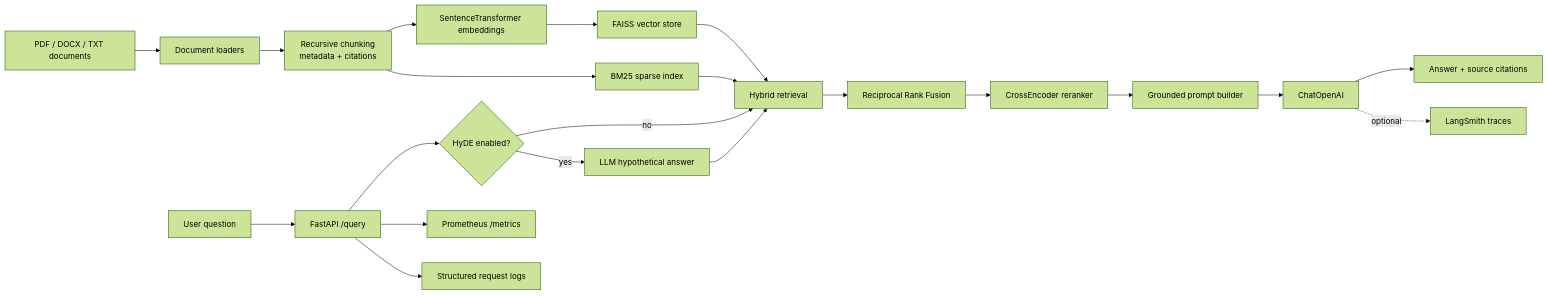
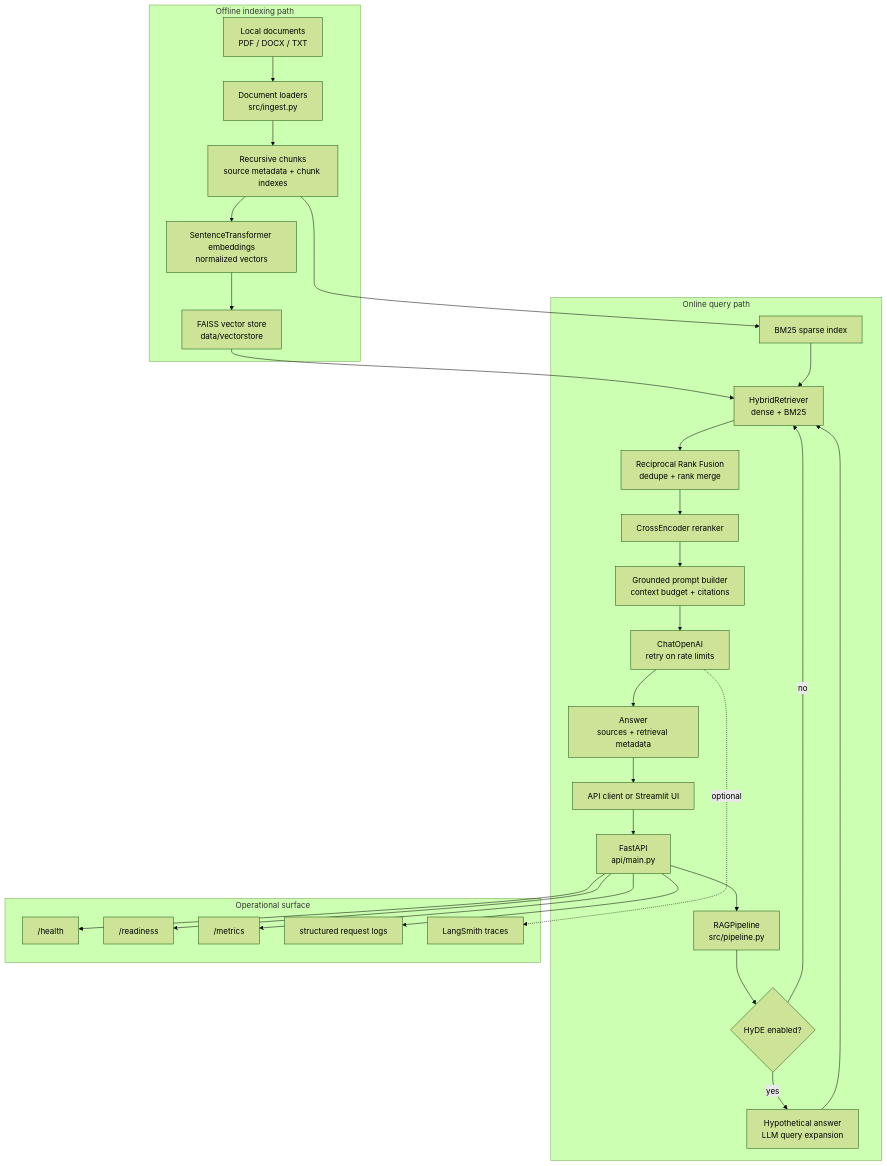
Before and after one commit to aiwithsiddhesh/project-1-rag-qa-plan: the diagram in README.md, drawn with Mermaid (forest theme). The commit also changed other lines of this file and 1 other file, not shown here.

First line of the commit message:
docs: improve README architecture overview (#19)

````diff
--- a/README.md
+++ b/README.md
@@ -13,25 +28,35 @@
 ```mermaid
-flowchart LR
-    docs[PDF / DOCX / TXT documents] --> ingest[Document loaders]
-    ingest --> chunk[Recursive chunking<br/>metadata + citations]
-    chunk --> embed[SentenceTransformer embeddings]
-    embed --> faiss[FAISS vector store]
-    chunk --> bm25[BM25 sparse index]
+flowchart TB
+    subgraph Offline["Offline indexing path"]
+        docs["Local documents<br/>PDF / DOCX / TXT"] --> loaders["Document loaders<br/>src/ingest.py"]
+        loaders --> chunks["Recursive chunks<br/>source metadata + chunk indexes"]
+        chunks --> embeddings["SentenceTransformer embeddings<br/>normalized vectors"]
+        embeddings --> faiss["FAISS vector store<br/>data/vectorstore"]
+    end
 
-    question[User question] --> api[FastAPI /query]
-    api --> hyde{HyDE enabled?}
-    hyde -- no --> retrieve[Hybrid retrieval]
-    hyde -- yes --> llm_hyde[LLM hypothetical answer]
-    llm_hyde --> retrieve
-    faiss --> retrieve
-    bm25 --> retrieve
-    retrieve --> rrf[Reciprocal Rank Fusion]
-    rrf --> rerank[CrossEncoder reranker]
-    rerank --> prompt[Grounded prompt builder]
-    prompt --> llm[ChatOpenAI]
-    llm --> answer[Answer + source citations]
+    subgraph Runtime["Online query path"]
+        client["API client or Streamlit UI"] --> api["FastAPI<br/>api/main.py"]
+        api --> pipeline["RAGPipeline<br/>src/pipeline.py"]
+        pipeline --> hyde{"HyDE enabled?"}
+        hyde -- "yes" --> query_expansion["Hypothetical answer<br/>LLM query expansion"]
+        hyde -- "no" --> hybrid
+        query_expansion --> hybrid["HybridRetriever<br/>dense + BM25"]
+        faiss --> hybrid
+        chunks --> bm25["BM25 sparse index"]
+        bm25 --> hybrid
+        hybrid --> rrf["Reciprocal Rank Fusion<br/>dedupe + rank merge"]
+        rrf --> reranker["CrossEncoder reranker"]
+        reranker --> prompt["Grounded prompt builder<br/>context budget + citations"]
+        prompt --> llm["ChatOpenAI<br/>retry on rate limits"]
+        llm --> response["Answer<br/>sources + retrieval metadata"]
+        response --> client
+    end
 
-    api --> metrics[Prometheus /metrics]
-    api --> logs[Structured request logs]
-    llm -. optional .-> langsmith[LangSmith traces]
+    subgraph Ops["Operational surface"]
+        api --> health["/health"]
+        api --> readiness["/readiness"]
+        api --> metrics["/metrics"]
+        api --> logs["structured request logs"]
+        llm -. optional .-> langsmith["LangSmith traces"]
+    end
 ```
````
